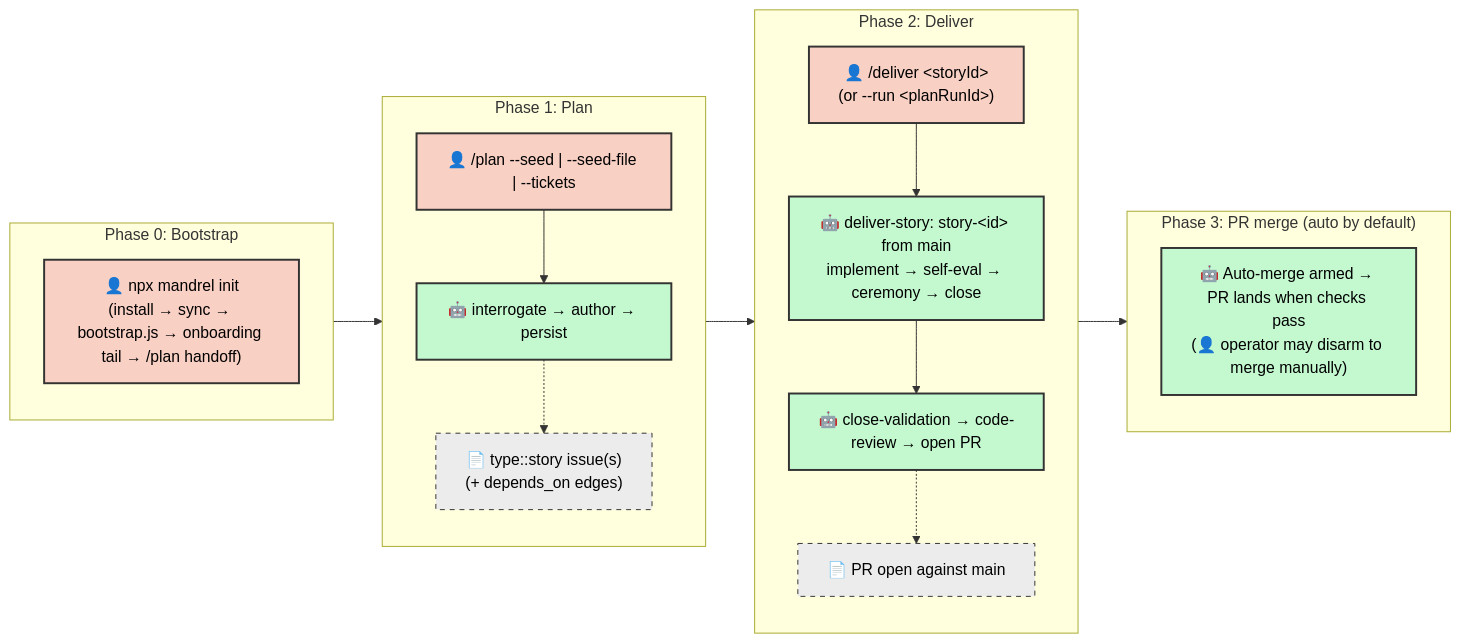
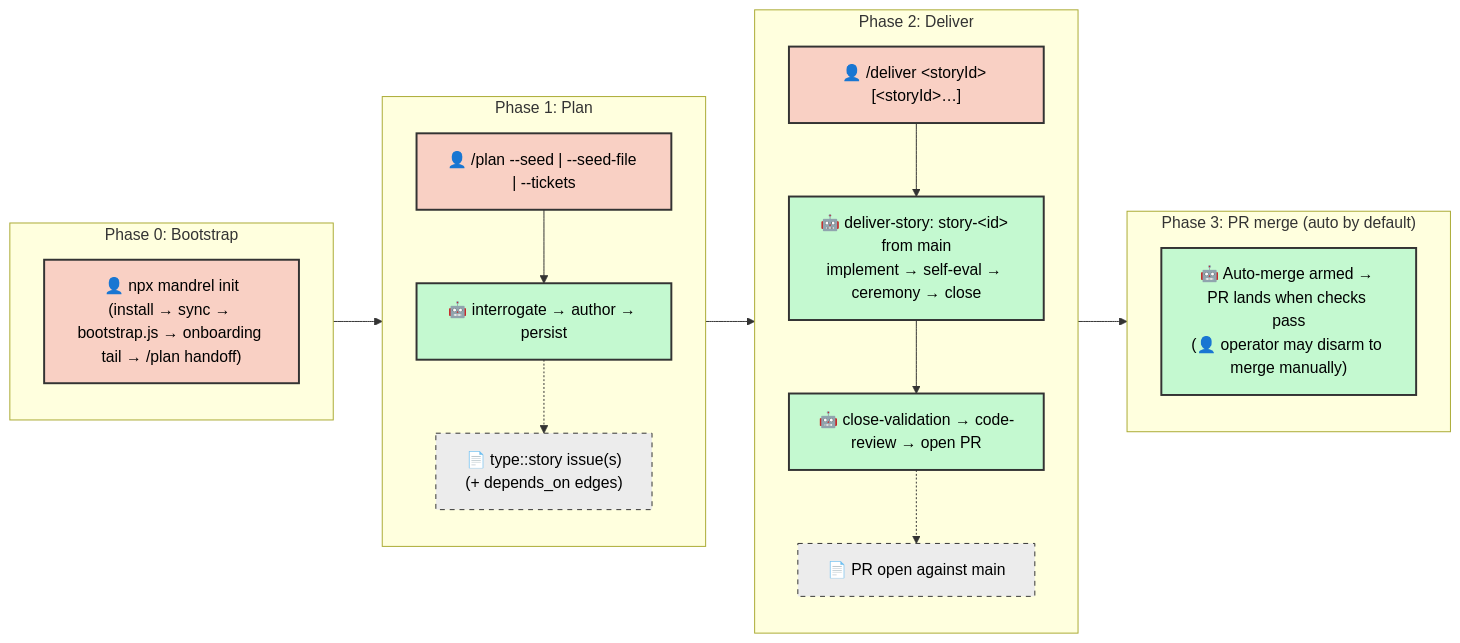
The diagram in .agents/docs/SDLC.md (dsj1984/mandrel), drawn with Mermaid before and after one commit. The commit also changed other lines of this file and 7 other files, not shown here.

````diff
--- a/.agents/docs/SDLC.md
+++ b/.agents/docs/SDLC.md
@@ -171,37 +171,37 @@
 ```mermaid
 graph LR
     classDef manual fill:#f9d0c4,stroke:#333,stroke-width:2px,color:#000;
     classDef agentic fill:#c4f9d0,stroke:#333,stroke-width:2px,color:#000;
     classDef artifact fill:#ececec,stroke:#333,stroke-width:1px,stroke-dasharray: 5 5,color:#000;
 
     subgraph Phase0 ["Phase 0: Bootstrap"]
         direction TB
         Z["👤 npx mandrel init<br/>(install → sync → bootstrap.js → onboarding tail → /plan handoff)"]:::manual
     end
 
     subgraph Phase1 ["Phase 1: Plan"]
         direction TB
         A["👤 /plan --seed | --seed-file | --tickets"]:::manual
         B["🤖 interrogate → author → persist"]:::agentic
         A --> B
         B -.-> B_Art["📄 type::story issue(s)<br/>(+ depends_on edges)"]:::artifact
     end
 
     subgraph Phase2 ["Phase 2: Deliver"]
         direction TB
-        E["👤 /deliver &lt;storyId&gt;<br/>(or --run &lt;planRunId&gt;)"]:::manual
+        E["👤 /deliver &lt;storyId&gt; [&lt;storyId&gt;…]"]:::manual
         F["🤖 deliver-story: story-&lt;id&gt; from main<br/>implement → self-eval → ceremony → close"]:::agentic
         G["🤖 close-validation → code-review → open PR"]:::agentic
         E --> F --> G
         G -.-> G_Art["📄 PR open against main"]:::artifact
     end
 
     subgraph Phase3 ["Phase 3: PR merge (auto by default)"]
         direction TB
         H["🤖 Auto-merge armed → PR lands when checks pass<br/>(👤 operator may disarm to merge manually)"]:::agentic
     end
 
     Z --> A
     B --> E
     G --> H
 ```
````
